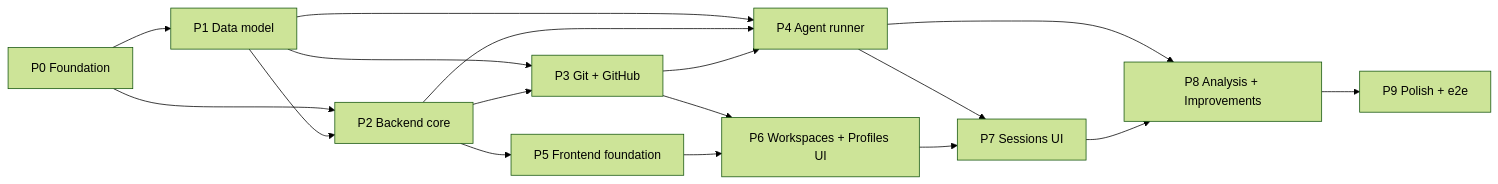
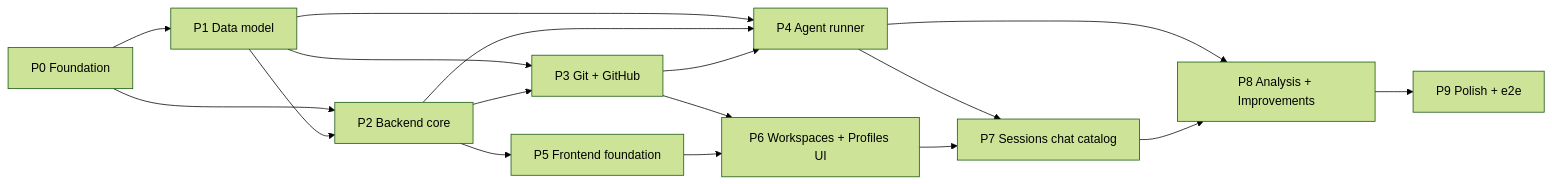
The diagram in docs/backlog/README.md (azweb76/claude-assistant), drawn with Mermaid (forest theme) before and after one commit. The commit also changed other lines of this file and 13 other files, not shown here.

First line of the commit message:
docs(backlog): full Claude session chat catalog (#2)

````diff
--- a/docs/backlog/README.md
+++ b/docs/backlog/README.md
@@ -49,19 +49,19 @@
 ```mermaid
 flowchart LR
   P0[P0 Foundation] --> P1[P1 Data model]
   P0 --> P2[P2 Backend core]
   P1 --> P2
   P1 --> P3[P3 Git + GitHub]
   P2 --> P3
   P1 --> P4[P4 Agent runner]
   P2 --> P4
   P3 --> P4
   P2 --> P5[P5 Frontend foundation]
   P3 --> P6[P6 Workspaces + Profiles UI]
   P5 --> P6
-  P4 --> P7[P7 Sessions UI]
+  P4 --> P7[P7 Sessions chat catalog]
   P6 --> P7
   P4 --> P8[P8 Analysis + Improvements]
   P7 --> P8
   P8 --> P9[P9 Polish + e2e]
 ```
````
